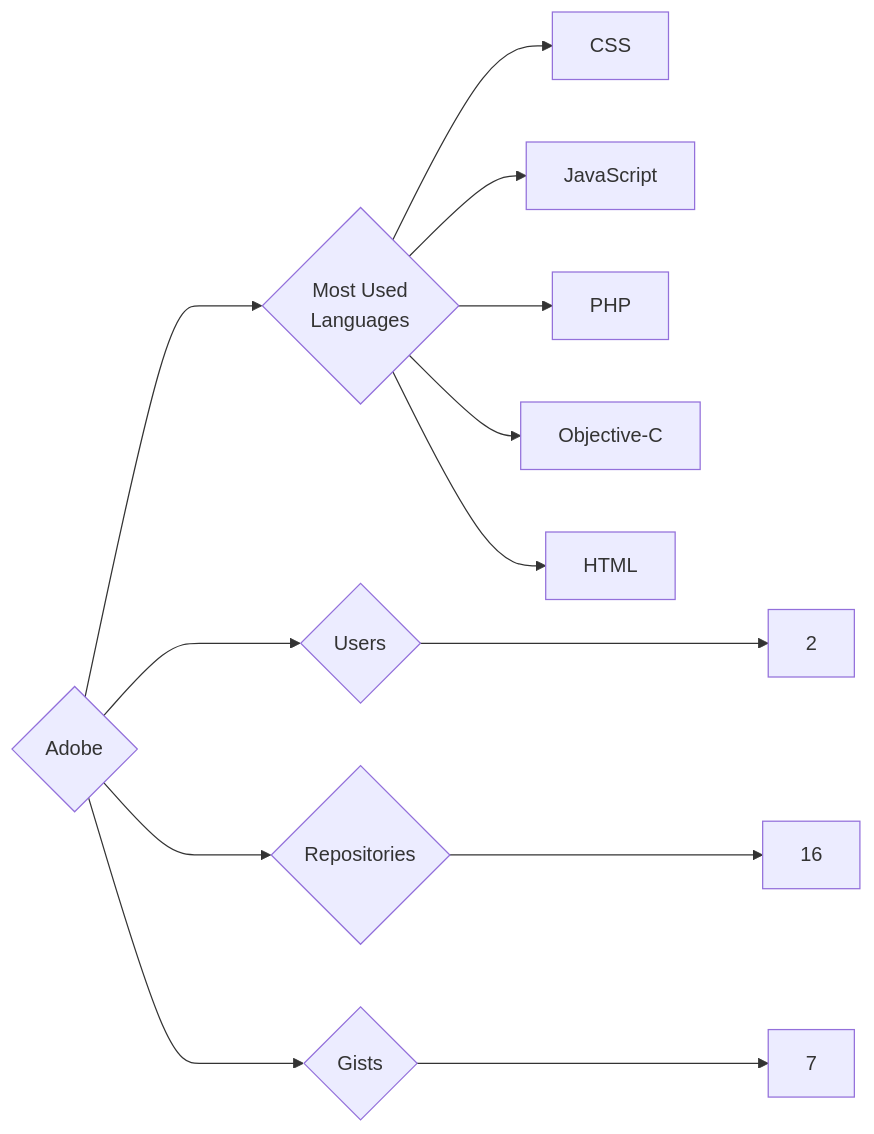
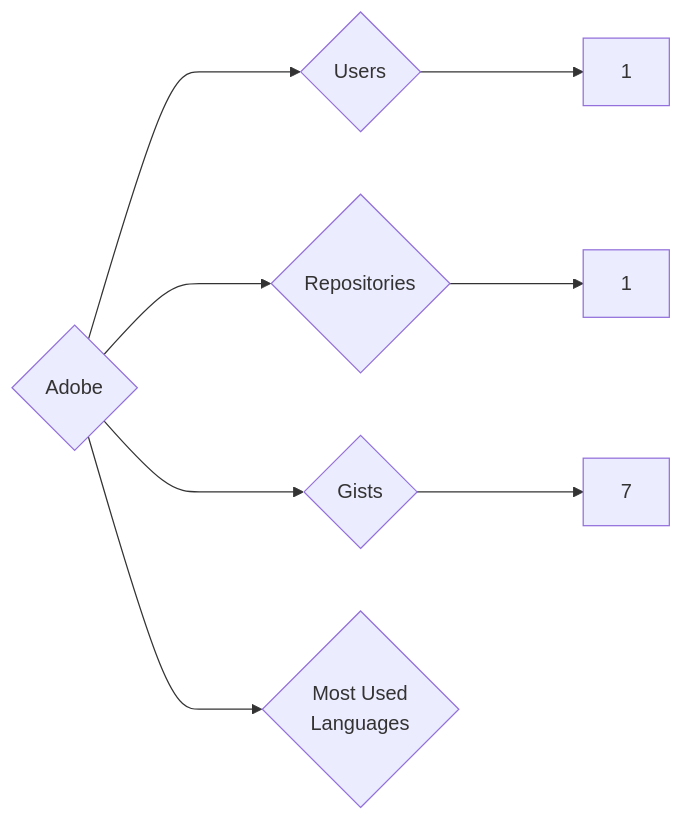
One commit to trickest/insiders changed the diagram in targets/Adobe/README.md. Above: the diagram before and after it, drawn with Mermaid. The commit also changed 865 other files, not shown here.

````diff
--- a/targets/Adobe/README.md
+++ b/targets/Adobe/README.md
@@ -3,13 +3,8 @@
 ```mermaid
 graph LR
 COMPANY_NAME{Adobe}
-COMPANY_NAME ---> U{Users} ---> UN[2]
-COMPANY_NAME ---> R{Repositories} ---> RN[16]
+COMPANY_NAME ---> U{Users} ---> UN[1]
+COMPANY_NAME ---> R{Repositories} ---> RN[1]
 COMPANY_NAME ---> G{Gists} ---> GN[7]
 COMPANY_NAME ---> ML{Most Used<br>Languages}
-ML --> CSS[CSS]
-ML --> JavaScript[JavaScript]
-ML --> PHP[PHP]
-ML --> Objective-C[Objective-C]
-ML --> HTML[HTML]
 ```
````
